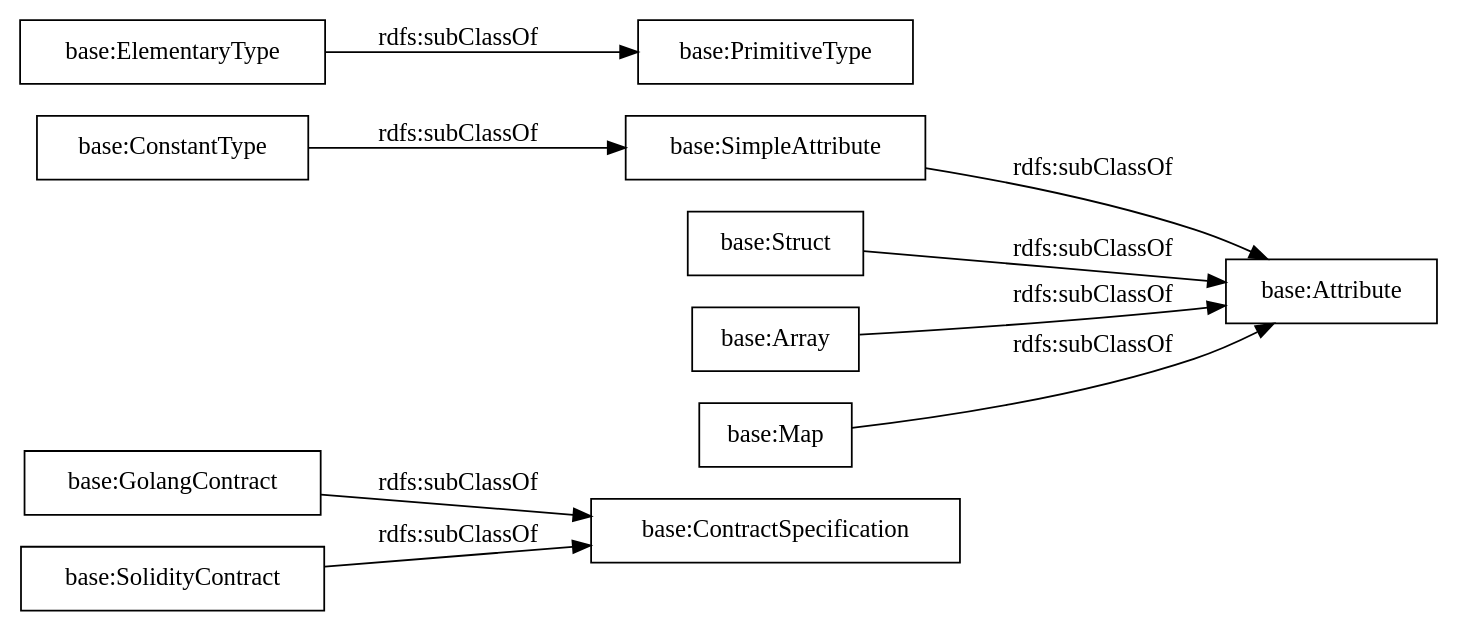
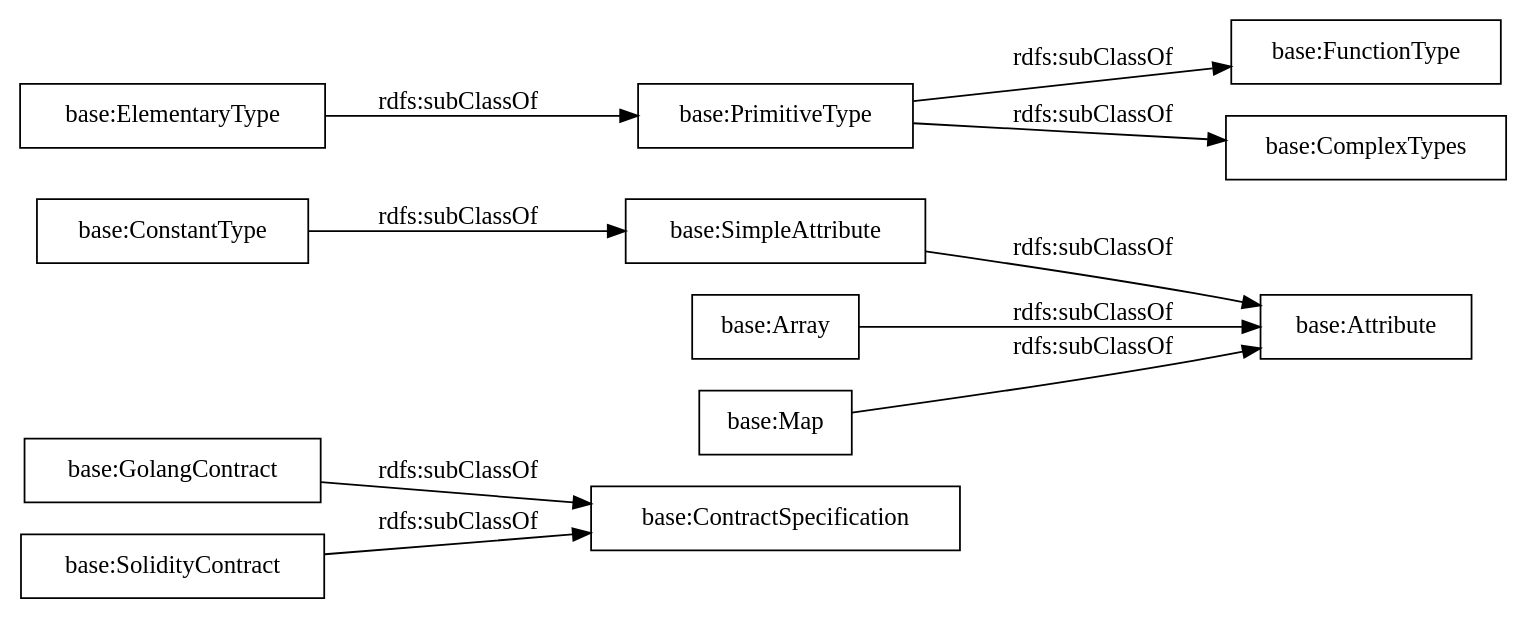
The diagram in OnToology/ontology/smartContract.ttl/diagrams/ar2dtool-taxonomy/smartContract.ttl.png.dot (OnToologyUser/smartcontract-ontology), drawn with Graphviz before and after one commit. The commit also changed 12 other files, not shown here.

```diff
--- a/OnToology/ontology/smartContract.ttl/diagrams/ar2dtool-taxonomy/smartContract.ttl.png.dot
+++ b/OnToology/ontology/smartContract.ttl/diagrams/ar2dtool-taxonomy/smartContract.ttl.png.dot
@@ -1,14 +1,15 @@
 digraph ar2dtool_diagram { 
 rankdir=LR;
 size="1000"
-node [shape = rectangle, color="black"]; "base:GolangContract" "base:ConstantType" "base:SolidityContract" "base:ContractSpecification" "base:Struct" "base:Array" "base:Map" "base:SimpleAttribute" "base:Attribute" "base:ElementaryType" "base:PrimitiveType" ; /*classes style*/
+node [shape = rectangle, color="black"]; "base:GolangContract" "base:ConstantType" "base:FunctionType" "base:SolidityContract" "base:ContractSpecification" "base:Array" "base:Map" "base:ComplexTypes" "base:SimpleAttribute" "base:Attribute" "base:ElementaryType" "base:PrimitiveType" ; /*classes style*/
 	"base:ConstantType" -> "base:SimpleAttribute" [ label = "rdfs:subClassOf" ];
 	"base:Array" -> "base:Attribute" [ label = "rdfs:subClassOf" ];
+	"base:PrimitiveType" -> "base:FunctionType" [ label = "rdfs:subClassOf" ];
+	"base:PrimitiveType" -> "base:ComplexTypes" [ label = "rdfs:subClassOf" ];
 	"base:ElementaryType" -> "base:PrimitiveType" [ label = "rdfs:subClassOf" ];
 	"base:GolangContract" -> "base:ContractSpecification" [ label = "rdfs:subClassOf" ];
 	"base:SolidityContract" -> "base:ContractSpecification" [ label = "rdfs:subClassOf" ];
-	"base:Struct" -> "base:Attribute" [ label = "rdfs:subClassOf" ];
 	"base:Map" -> "base:Attribute" [ label = "rdfs:subClassOf" ];
 	"base:SimpleAttribute" -> "base:Attribute" [ label = "rdfs:subClassOf" ];
 
 }
```
